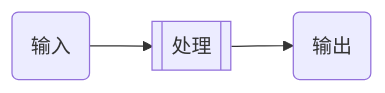
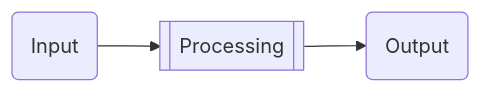
One commit to Dreamwalkor/little-book-of-ai changed the diagram in en/07.md. Above: the diagram before and after it, drawn with Mermaid. The commit also changed other lines of this file and 27 other files, not shown here.

````diff
--- a/en/07.md
+++ b/en/07.md
@@ -173,4 +161,4 @@
 ```mermaid
 flowchart LR
-input(输入) --> processing[[处理]] --> output(输出)
+input(Input) --> processing[[Processing]] --> output(Output)
 ```
````
